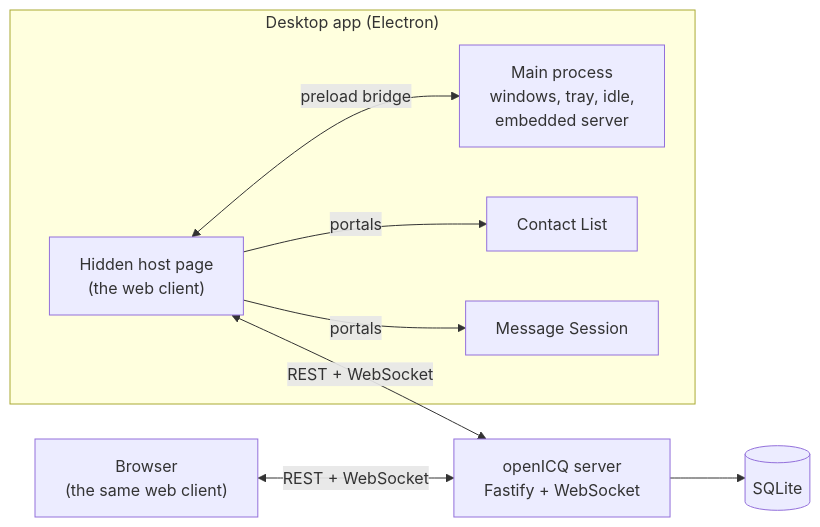
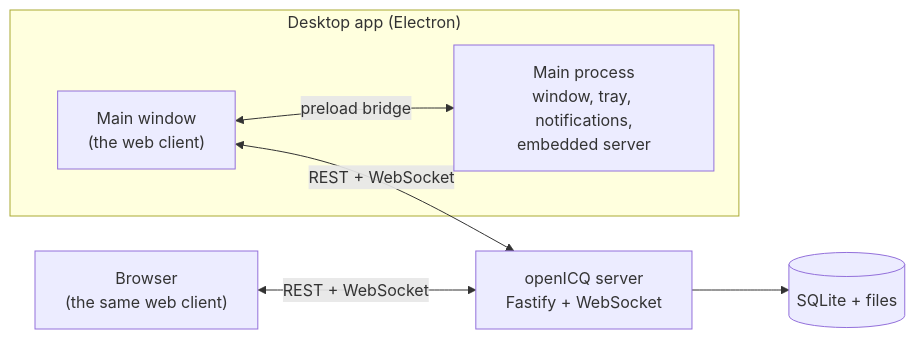
The diagram in README.md (saharhazan/openICQ), drawn with Mermaid before and after one commit. The commit also changed other lines of this file and 366 other files, not shown here.

````diff
--- a/README.md
+++ b/README.md
@@ -121,18 +137,14 @@
 ```mermaid
 flowchart LR
   subgraph Desktop["Desktop app (Electron)"]
-    Main["Main process<br/>windows, tray, idle,<br/>embedded server"]
-    Host["Hidden host page<br/>(the web client)"]
-    Win1["Contact List"]
-    Win2["Message Session"]
-    Host -- "portals" --> Win1
-    Host -- "portals" --> Win2
-    Host <-- "preload bridge" --> Main
+    Main["Main process<br/>window, tray, notifications,<br/>embedded server"]
+    Page["Main window<br/>(the web client)"]
+    Page <-- "preload bridge" --> Main
   end
   Browser["Browser<br/>(the same web client)"]
   Server["openICQ server<br/>Fastify + WebSocket"]
-  DB[("SQLite")]
-  Host <-- "REST + WebSocket" --> Server
+  DB[("SQLite + files")]
+  Page <-- "REST + WebSocket" --> Server
   Browser <-- "REST + WebSocket" --> Server
   Server --> DB
 ```
````
